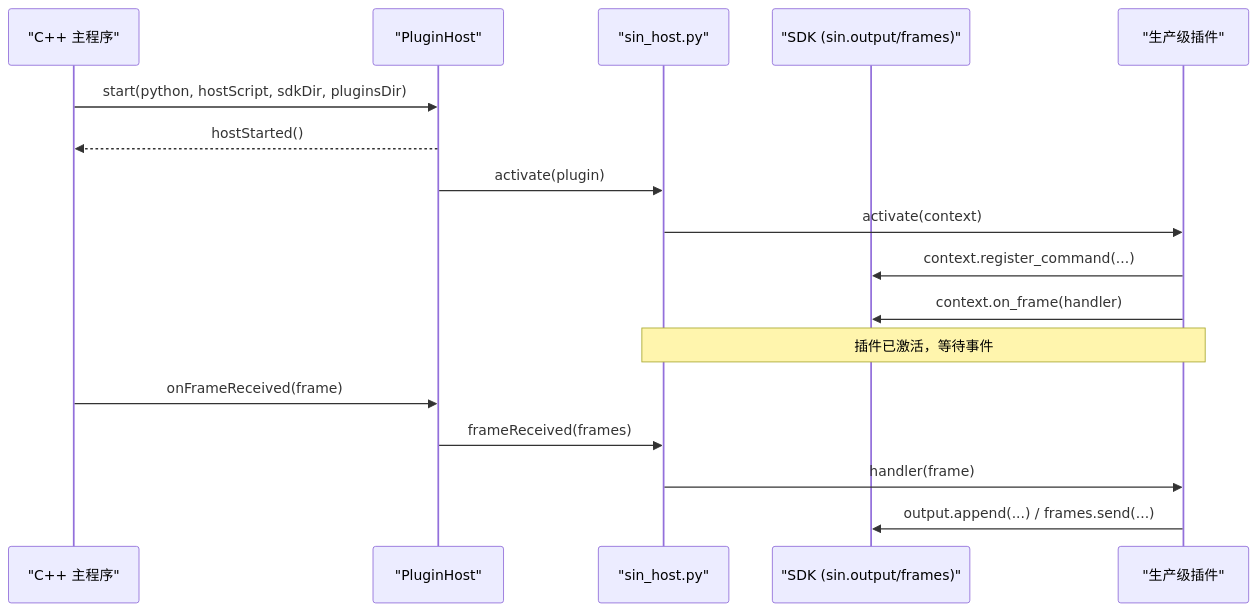
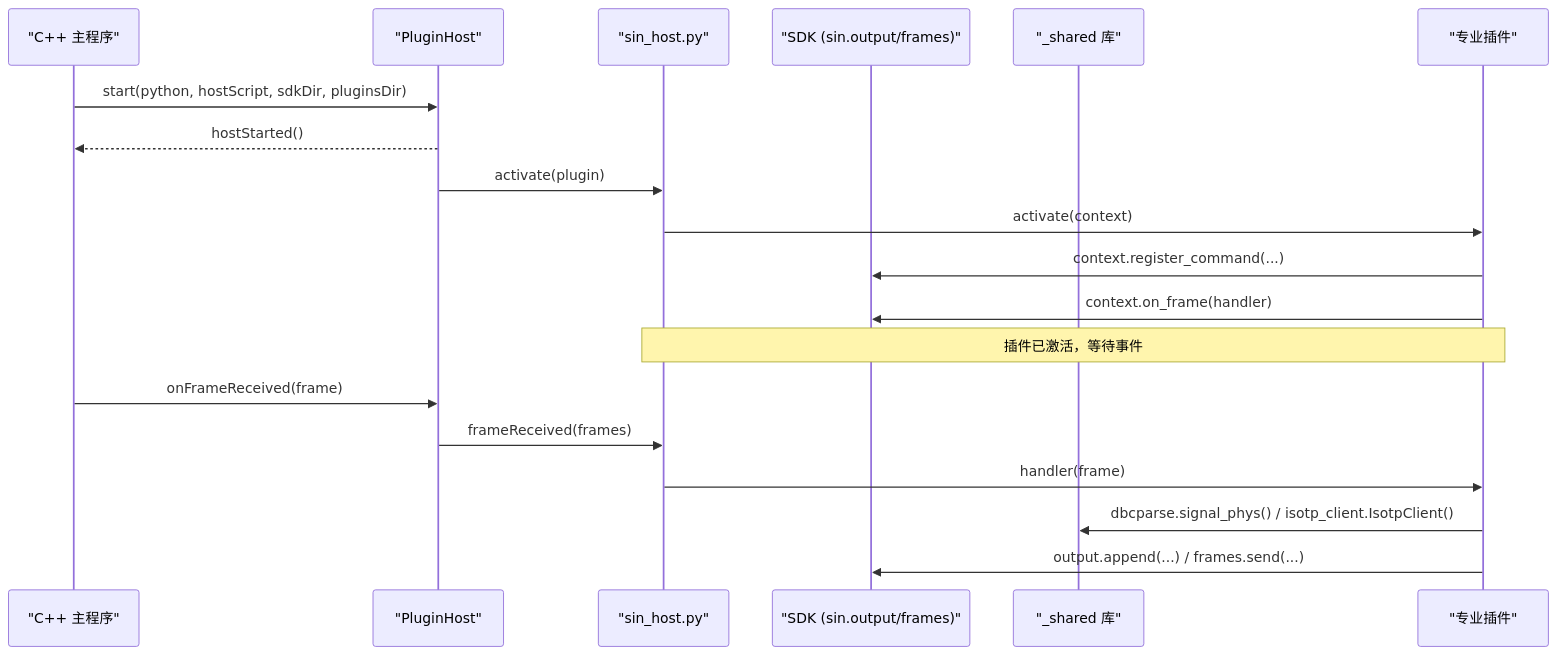
One commit to jakecai1225-design/OpenBus changed the second of 8 diagrams in .qoder/repowiki/zh/content/开发指南/示例插件.md. Above: the diagram before and after it, drawn with Mermaid. The commit also changed other lines of this file and 80 other files, not shown here.

Commit message:
graphic 优化

````diff
--- a/.qoder/repowiki/zh/content/开发指南/示例插件.md
+++ b/.qoder/repowiki/zh/content/开发指南/示例插件.md
@@ -116,19 +136,21 @@
 ```mermaid
 sequenceDiagram
 participant Main as "C++ 主程序"
 participant Host as "PluginHost"
 participant PyHost as "sin_host.py"
 participant SDK as "SDK (sin.output/frames)"
-participant Plug as "生产级插件"
+participant Shared as "_shared 库"
+participant Plug as "专业插件"
 Main->>Host : start(python, hostScript, sdkDir, pluginsDir)
 Host-->>Main : hostStarted()
 Host->>PyHost : activate(plugin)
 PyHost->>Plug : activate(context)
 Plug->>SDK : context.register_command(...)
 Plug->>SDK : context.on_frame(handler)
 Note over PyHost,Plug : 插件已激活，等待事件
 Main->>Host : onFrameReceived(frame)
 Host->>PyHost : frameReceived(frames)
 PyHost->>Plug : handler(frame)
+Plug->>Shared : dbcparse.signal_phys() / isotp_client.IsotpClient()
 Plug->>SDK : output.append(...) / frames.send(...)
 ```
````
